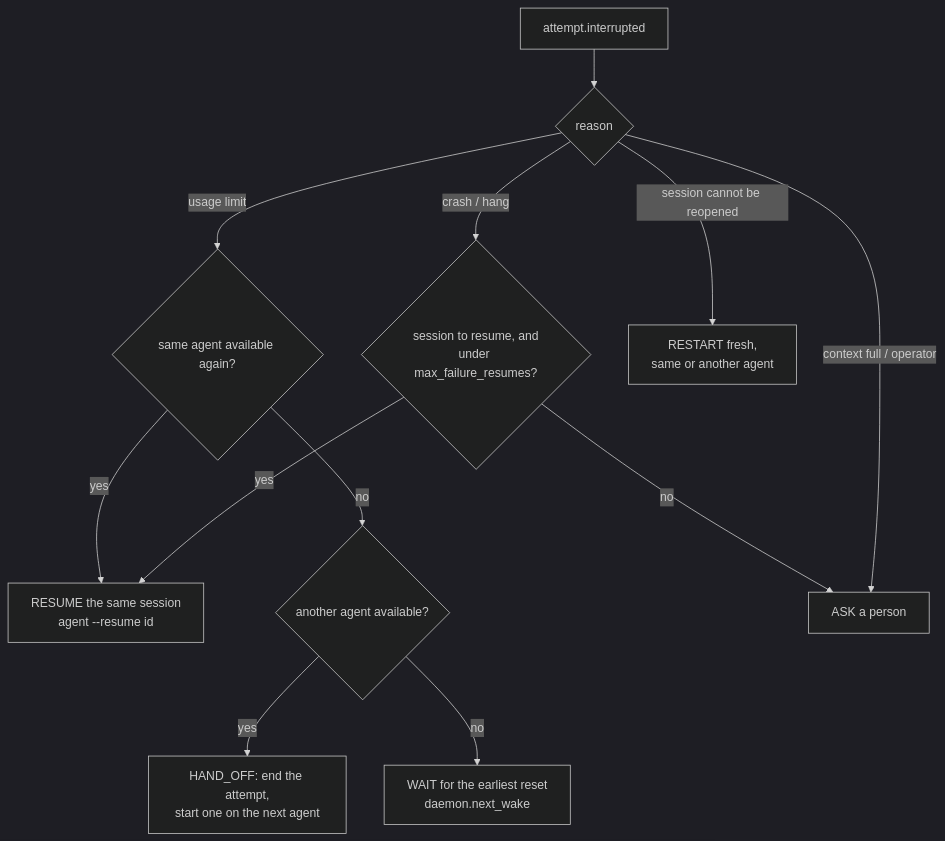
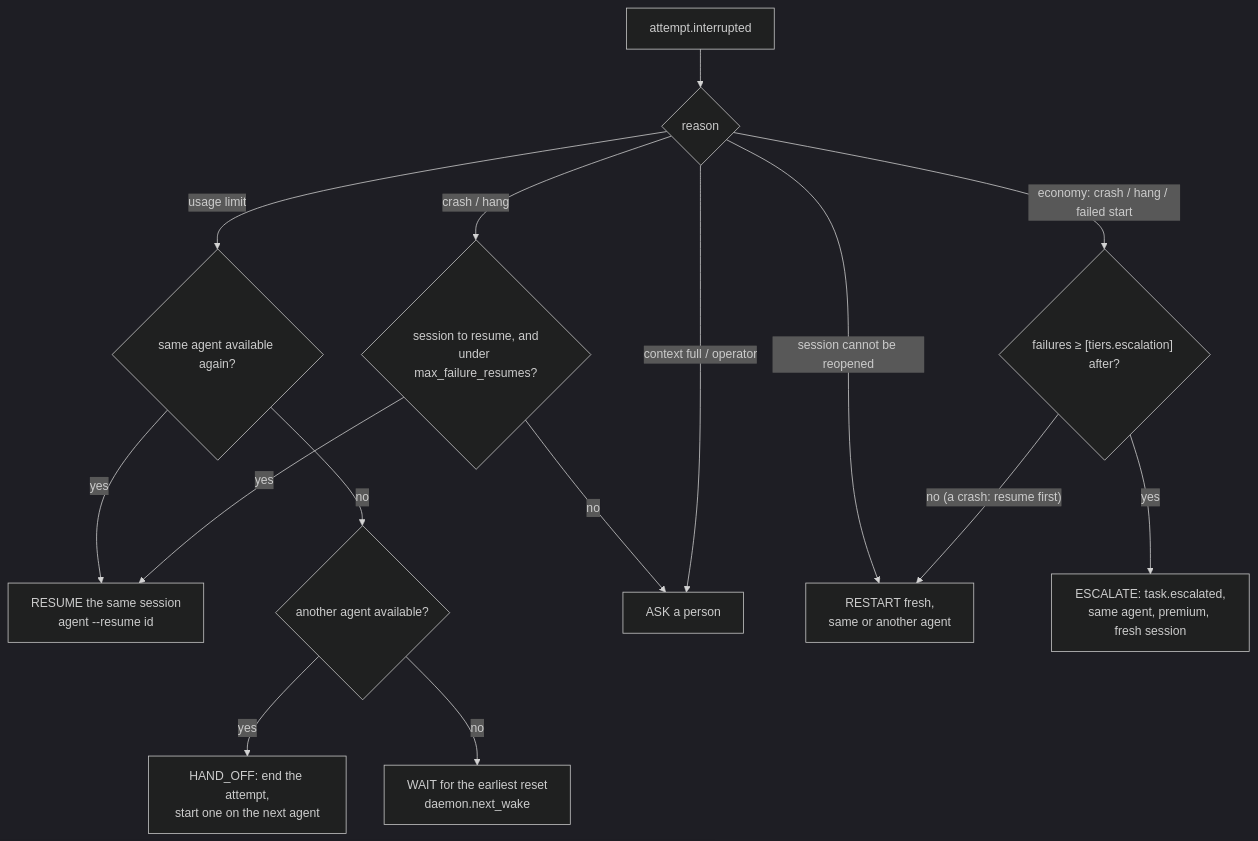
The second of 2 diagrams in docs/ARCHITECTURE.md (selorito/baton-herdr), drawn with Mermaid (dark theme) before and after one commit. The commit also changed other lines of this file and 3 other files, not shown here.

````diff
--- a/docs/ARCHITECTURE.md
+++ b/docs/ARCHITECTURE.md
@@ -211,14 +226,17 @@
 ```mermaid
 flowchart TD
     I[attempt.interrupted] --> R{reason}
     R -->|usage limit| L{same agent available again?}
     L -->|yes| RES[RESUME the same session<br/>agent --resume id]
     L -->|no| O{another agent available?}
     O -->|yes| HO[HAND_OFF: end the attempt,<br/>start one on the next agent]
     O -->|no| W[WAIT for the earliest reset<br/>daemon.next_wake]
     R -->|crash / hang| C{session to resume, and<br/>under max_failure_resumes?}
     C -->|yes| RES
     C -->|no| P[ASK a person]
     R -->|session cannot be reopened| RS[RESTART fresh,<br/>same or another agent]
     R -->|context full / operator| P
+    R -->|"economy: crash / hang / failed start"| E{"failures ≥ [tiers.escalation] after?"}
+    E -->|"no (a crash: resume first)"| RS
+    E -->|yes| ESC["ESCALATE: task.escalated,<br/>same agent, premium, fresh session"]
 ```
````
